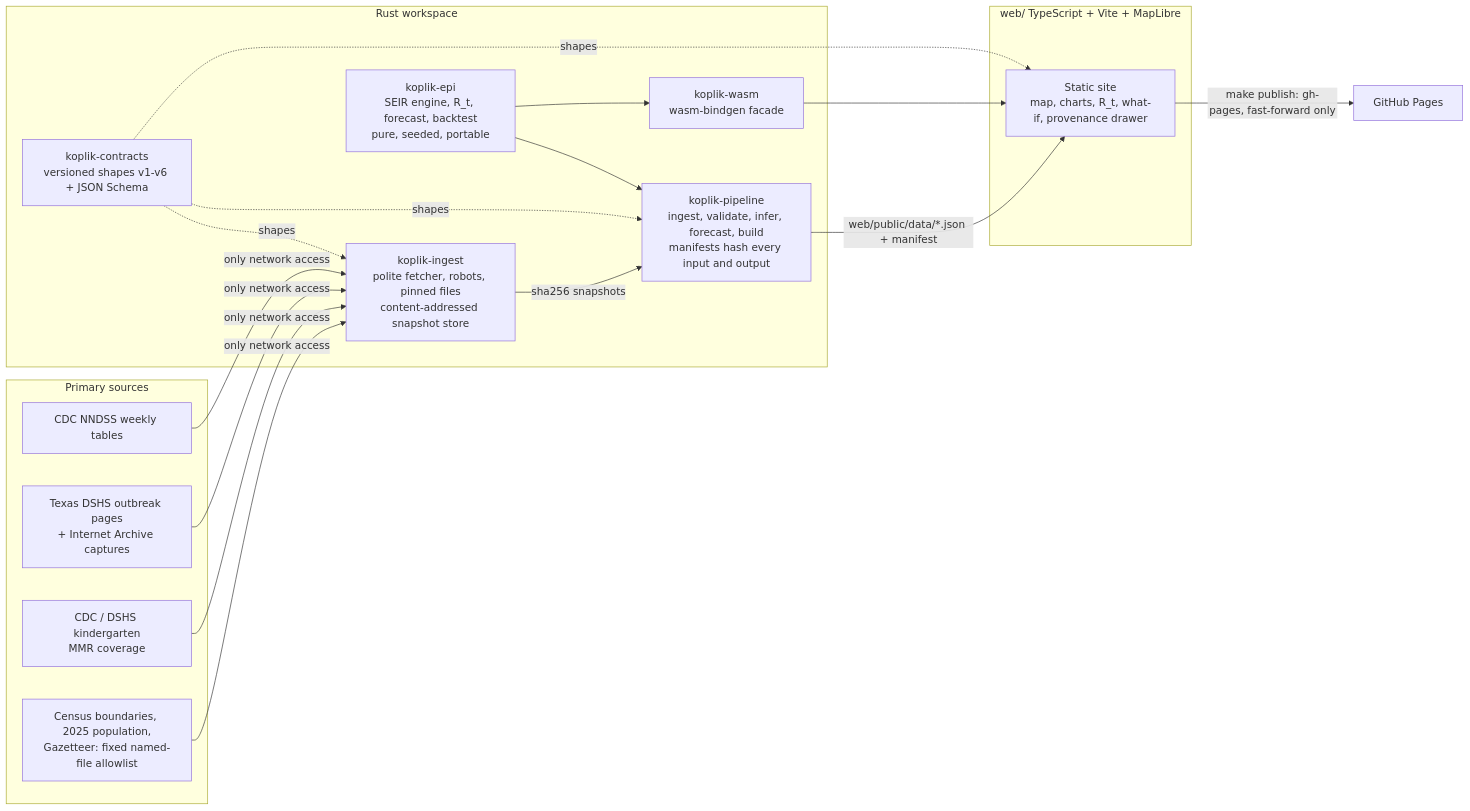
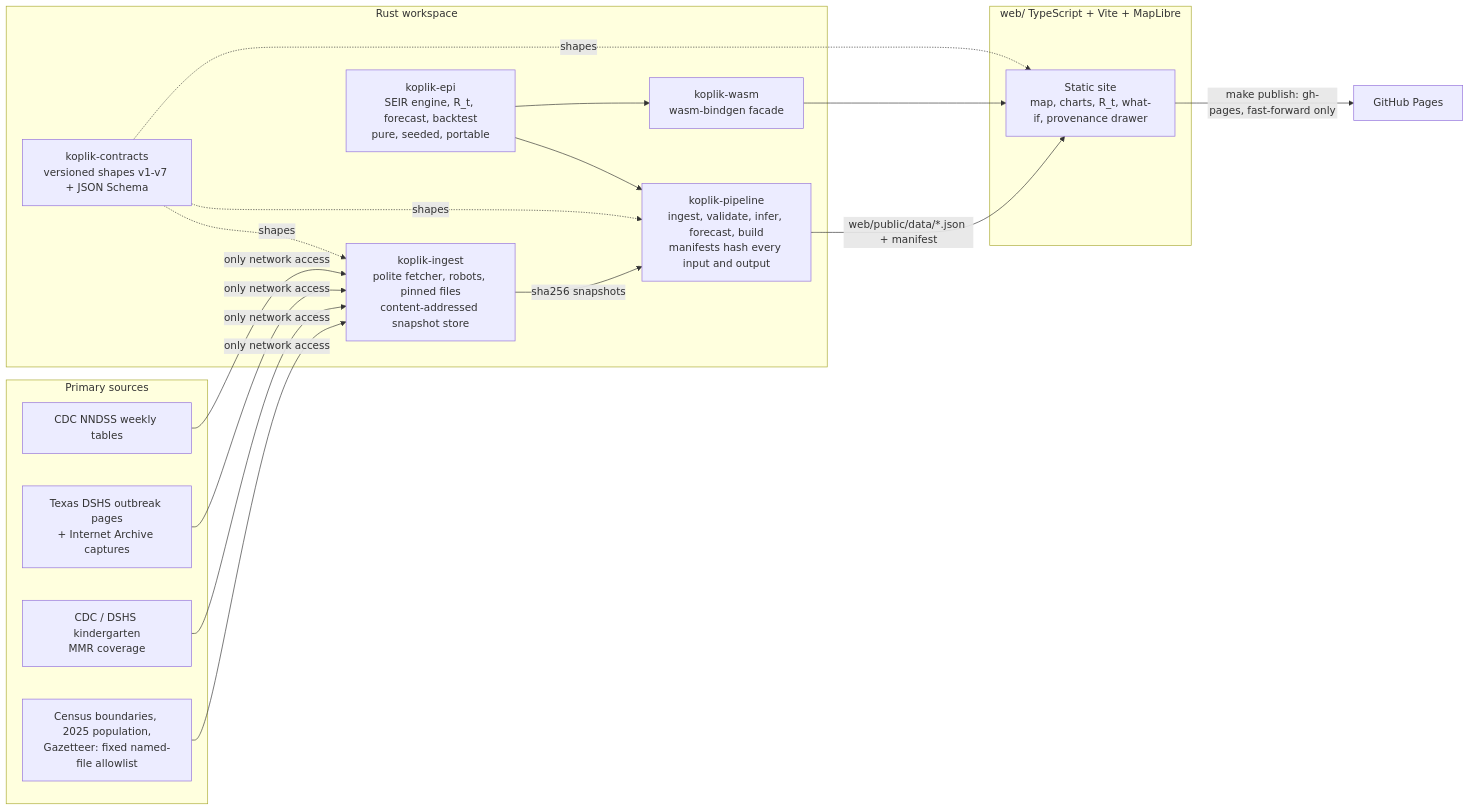
The diagram in README.md (jakedevar/koplik), drawn with Mermaid before and after one commit. The commit also changed 36 other files, not shown here.

````diff
--- a/README.md
+++ b/README.md
@@ -23,26 +23,26 @@
 ```mermaid
 flowchart LR
   subgraph sources[Primary sources]
     CDC[CDC NNDSS weekly tables]
     DSHS[Texas DSHS outbreak pages<br/>+ Internet Archive captures]
     VAX[CDC / DSHS kindergarten<br/>MMR coverage]
     CEN[Census boundaries, 2025 population,<br/>Gazetteer: fixed named-file allowlist]
   end
   subgraph rust[Rust workspace]
     ING[koplik-ingest<br/>polite fetcher, robots, pinned files<br/>content-addressed snapshot store]
-    CON[koplik-contracts<br/>versioned shapes v1-v6 + JSON Schema]
+    CON[koplik-contracts<br/>versioned shapes v1-v7 + JSON Schema]
     EPI[koplik-epi<br/>SEIR engine, R_t, forecast, backtest<br/>pure, seeded, portable]
     WASM[koplik-wasm<br/>wasm-bindgen facade]
     PIPE[koplik-pipeline<br/>ingest, validate, infer, forecast, build<br/>manifests hash every input and output]
   end
   subgraph web[web/ TypeScript + Vite + MapLibre]
     SITE[Static site<br/>map, charts, R_t, what-if, provenance drawer]
   end
   CDC & DSHS & VAX & CEN -->|only network access| ING
   ING -->|sha256 snapshots| PIPE
   CON -.shapes.-> ING & PIPE & SITE
   EPI --> PIPE
   EPI --> WASM --> SITE
   PIPE -->|web/public/data/*.json + manifest| SITE
   SITE -->|make publish: gh-pages, fast-forward only| PAGES[GitHub Pages]
 ```
````
